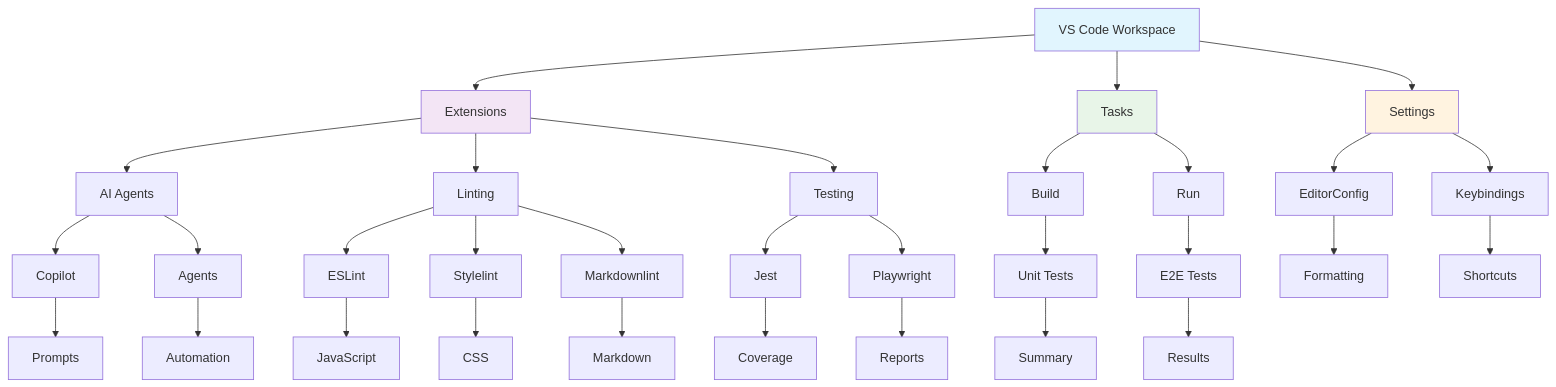
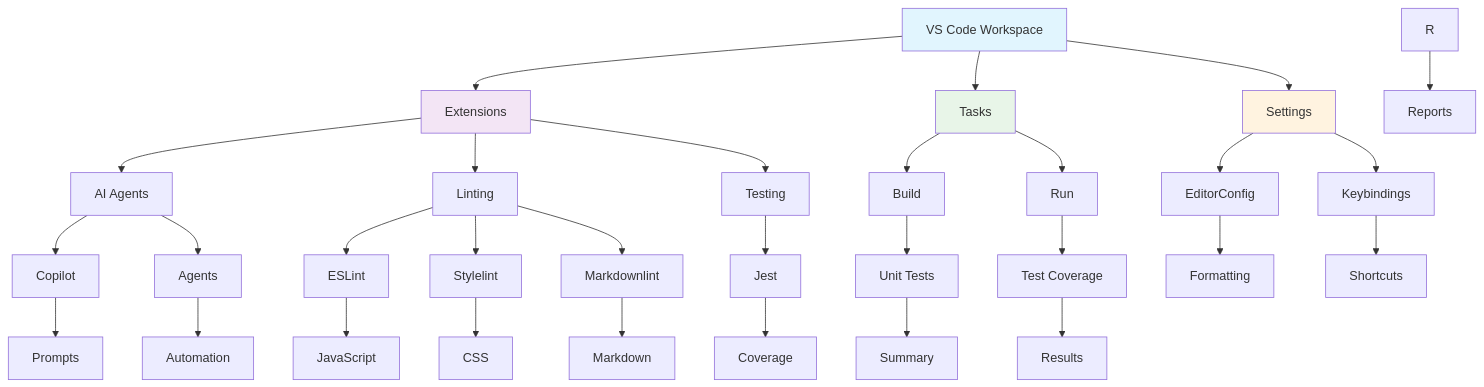
The diagram in .vscode/README.md (lightspeedwp/.github), drawn with Mermaid before and after one commit. The commit also changed other lines of this file and 229 other files, not shown here.

````diff
--- a/.vscode/README.md
+++ b/.vscode/README.md
@@ -23,38 +23,37 @@
 ```mermaid
 flowchart TD
     A[VS Code Workspace] --> B[Extensions]
     A --> C[Tasks]
     A --> D[Settings]
     B --> E[AI Agents]
     B --> F[Linting]
     B --> G[Testing]
     C --> H[Build]
     C --> I[Run]
     D --> J[EditorConfig]
     D --> K[Keybindings]
     E --> L[Copilot]
     E --> M[Agents]
     F --> N[ESLint]
     F --> O[Stylelint]
     F --> P[Markdownlint]
     G --> Q[Jest]
-    G --> R[Playwright]
     H --> S[Unit Tests]
-    I --> T[E2E Tests]
+    I --> T[Test Coverage]
     J --> U[Formatting]
     K --> V[Shortcuts]
     L --> W[Prompts]
     M --> X[Automation]
     N --> Y[JavaScript]
     O --> Z[CSS]
     P --> AA[Markdown]
     Q --> AB[Coverage]
     R --> AC[Reports]
     S --> AD[Summary]
     T --> AE[Results]
 
     style A fill:#e1f5fe
     style B fill:#f3e5f5
     style C fill:#e8f5e8
     style D fill:#fff3e0
 ```
````
